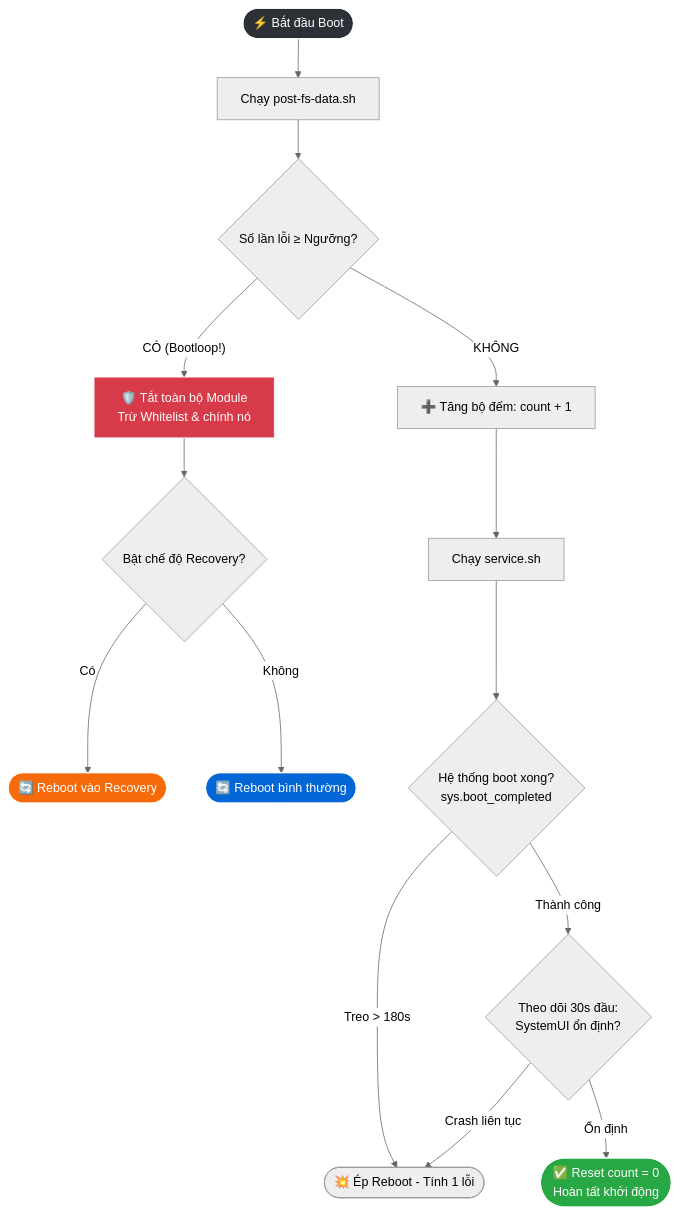
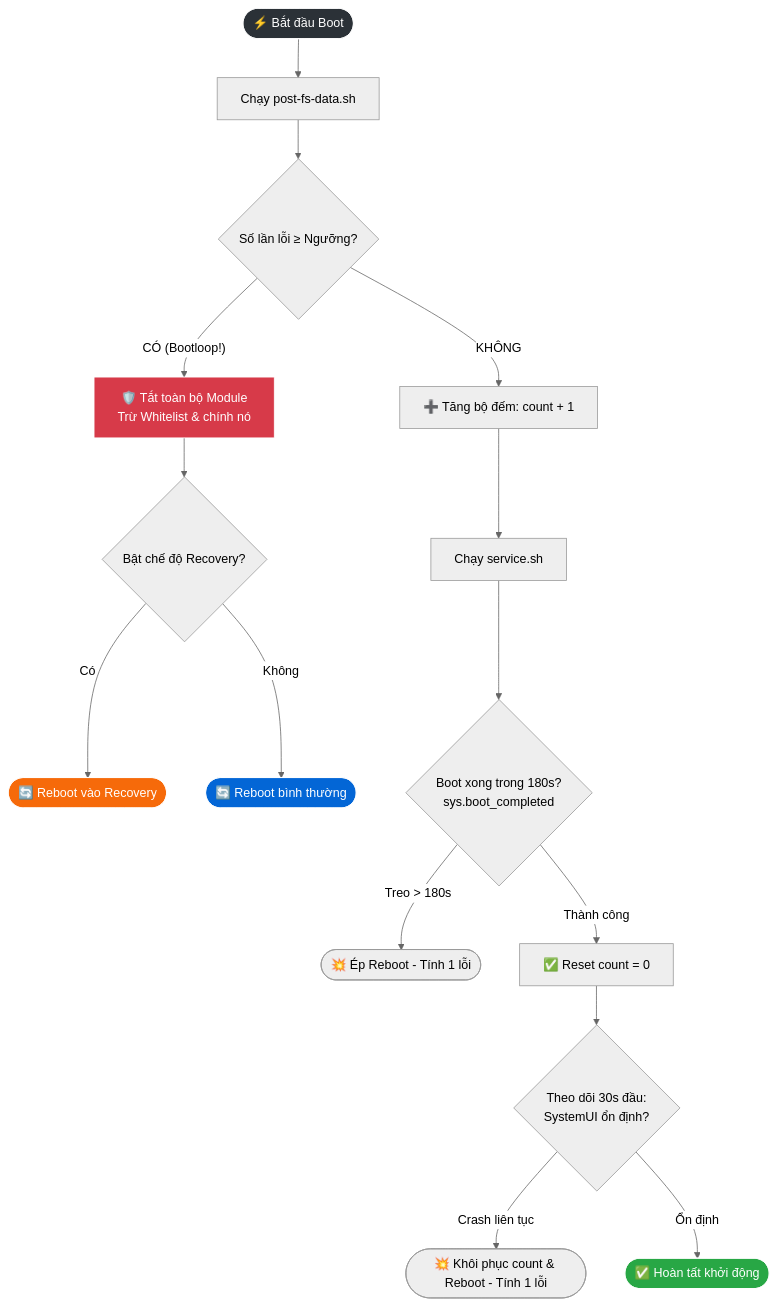
The first of 2 diagrams in README.md (hhd-z/Antibootloop), drawn with Mermaid (neutral theme) before and after one commit. The commit also changed other lines of this file, not shown here.

````diff
--- a/README.md
+++ b/README.md
@@ -117,25 +114,26 @@
 ```mermaid
 flowchart TD
     A([⚡ Bắt đầu Boot]) --> B[Chạy post-fs-data.sh]
     B --> C{Số lần lỗi ≥ Ngưỡng?}
-    
-    C -- CÓ (Bootloop!) --> D[🛡️ Tắt toàn bộ Module<br/>Trừ Whitelist & chính nó]
+
+    C -- "CÓ (Bootloop!)" --> D[🛡️ Tắt toàn bộ Module<br/>Trừ Whitelist & chính nó]
     D --> E{Bật chế độ Recovery?}
-    E -- Có --> F([🔄 Reboot vào Recovery])
-    E -- Không --> G([🔄 Reboot bình thường])
-    
-    C -- KHÔNG --> H[➕ Tăng bộ đếm: count + 1]
+    E -- "Có" --> F([🔄 Reboot vào Recovery])
+    E -- "Không" --> G([🔄 Reboot bình thường])
+
+    C -- "KHÔNG" --> H[➕ Tăng bộ đếm: count + 1]
     H --> I[Chạy service.sh]
-    I --> J{Hệ thống boot xong?<br/>sys.boot_completed}
-    
-    J -- Treo > 180s --> K([💥 Ép Reboot - Tính 1 lỗi])
-    J -- Thành công --> L{Theo dõi 30s đầu:<br/>SystemUI ổn định?}
-    L -- Crash liên tục --> K
-    L -- Ổn định --> M([✅ Reset count = 0<br/>Hoàn tất khởi động])
+    I --> J{Boot xong trong 180s?<br/>sys.boot_completed}
+
+    J -- "Treo > 180s" --> K([💥 Ép Reboot - Tính 1 lỗi])
+    J -- "Thành công" --> L[✅ Reset count = 0]
+    L --> N{Theo dõi 30s đầu:<br/>SystemUI ổn định?}
+    N -- "Crash liên tục" --> O([💥 Khôi phục count & Reboot - Tính 1 lỗi])
+    N -- "Ổn định" --> M([✅ Hoàn tất khởi động])
 
     style A fill:#2b3137,stroke:#fff,color:#fff
     style D fill:#d73a49,stroke:#fff,color:#fff
     style M fill:#28a745,stroke:#fff,color:#fff
     style F fill:#f66a0a,stroke:#fff,color:#fff
     style G fill:#0366d6,stroke:#fff,color:#fff
 ```
````
